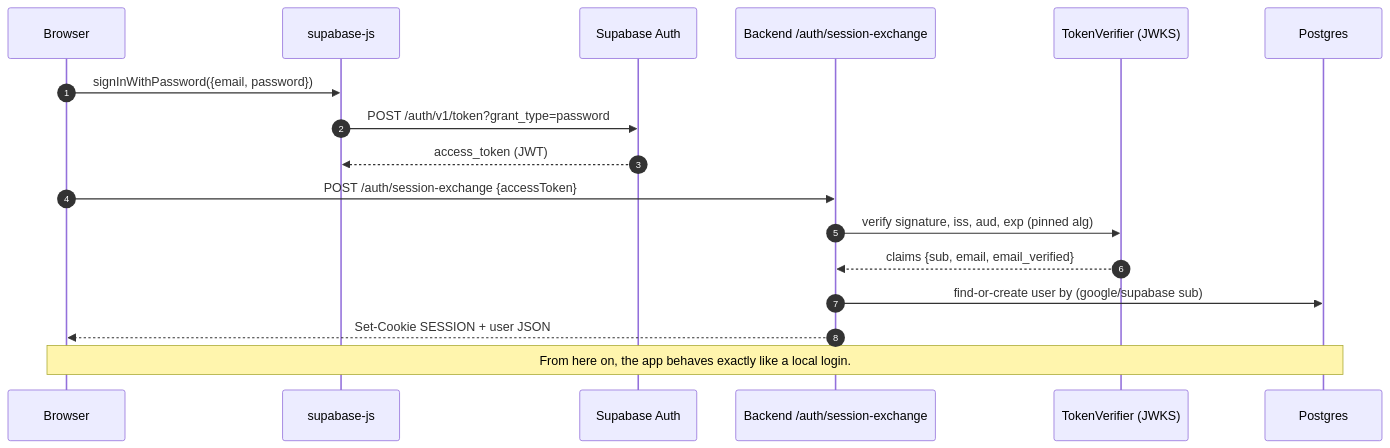
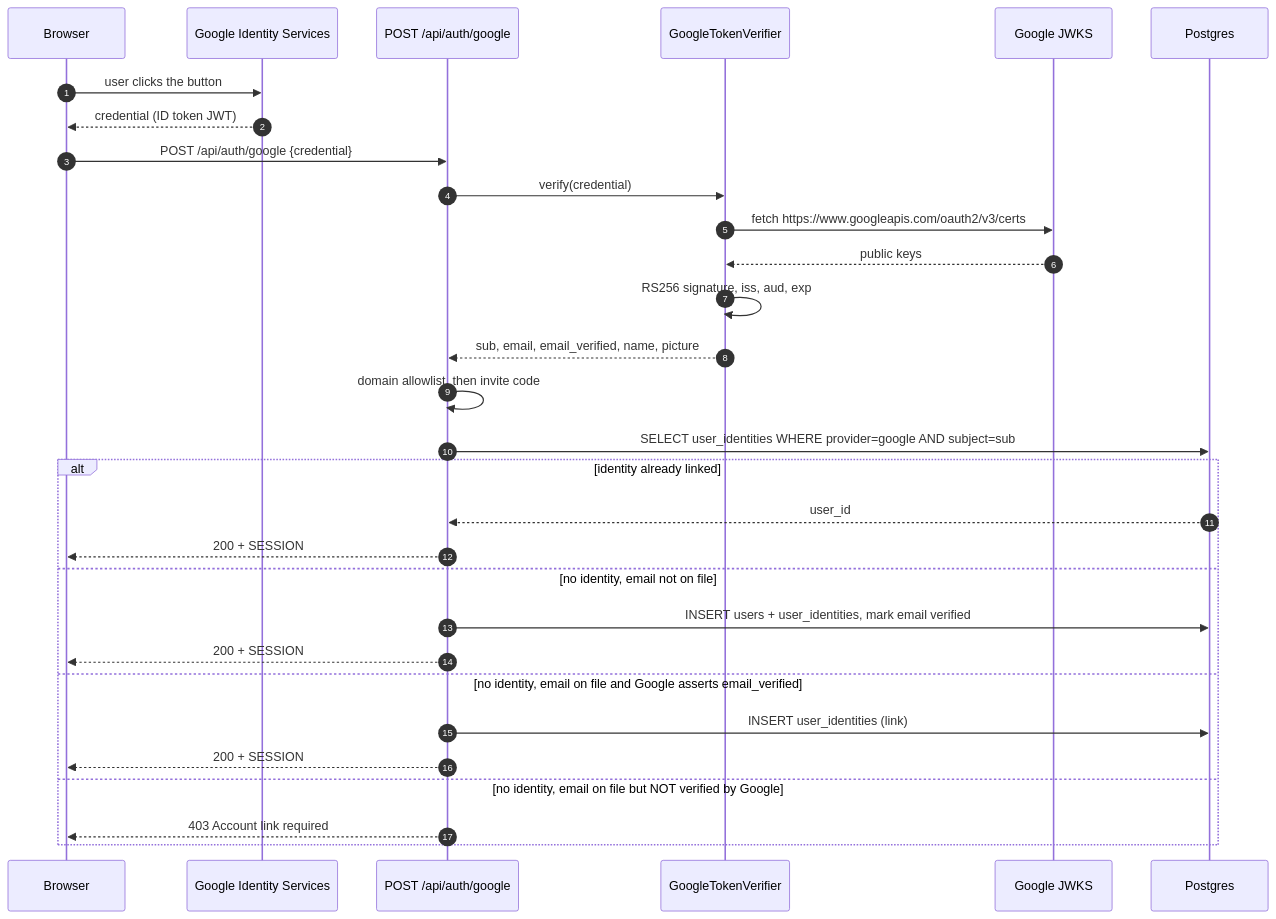
The third of 6 diagrams in docs/AUTH_ARCHITECTURE.md (ishubhamrathi/platform), drawn with Mermaid before and after one commit. The commit also changed other lines of this file and 2 other files, not shown here.

First line of the commit message:
Document Google SSO and OTP sign-in, bump backend submodule

````diff
--- a/docs/AUTH_ARCHITECTURE.md
+++ b/docs/AUTH_ARCHITECTURE.md
@@ -99,20 +150,34 @@
 ```mermaid
 sequenceDiagram
     autonumber
     participant U as Browser
-    participant SB as supabase-js
-    participant SA as Supabase Auth
-    participant BE as Backend /auth/session-exchange
-    participant V as TokenVerifier (JWKS)
+    participant G as Google Identity Services
+    participant BE as POST /api/auth/google
+    participant V as GoogleTokenVerifier
+    participant JWKS as Google JWKS
     participant DB as Postgres
 
-    U->>SB: signInWithPassword({email, password})
-    SB->>SA: POST /auth/v1/token?grant_type=password
-    SA-->>SB: access_token (JWT)
-    U->>BE: POST /auth/session-exchange {accessToken}
-    BE->>V: verify signature, iss, aud, exp (pinned alg)
-    V-->>BE: claims {sub, email, email_verified}
-    BE->>DB: find-or-create user by (google/supabase sub)
-    BE-->>U: Set-Cookie SESSION + user JSON
-    Note over U,DB: From here on, the app behaves exactly like a local login.
+    U->>G: user clicks the button
+    G-->>U: credential (ID token JWT)
+    U->>BE: POST /api/auth/google {credential}
+    BE->>V: verify(credential)
+    V->>JWKS: fetch https://www.googleapis.com/oauth2/v3/certs
+    JWKS-->>V: public keys
+    V->>V: RS256 signature, iss, aud, exp
+    V-->>BE: sub, email, email_verified, name, picture
+
+    BE->>BE: domain allowlist, then invite code
+    BE->>DB: SELECT user_identities WHERE provider=google AND subject=sub
+    alt identity already linked
+        DB-->>BE: user_id
+        BE-->>U: 200 + SESSION
+    else no identity, email not on file
+        BE->>DB: INSERT users + user_identities, mark email verified
+        BE-->>U: 200 + SESSION
+    else no identity, email on file and Google asserts email_verified
+        BE->>DB: INSERT user_identities (link)
+        BE-->>U: 200 + SESSION
+    else no identity, email on file but NOT verified by Google
+        BE-->>U: 403 Account link required
+    end
 ```
````
